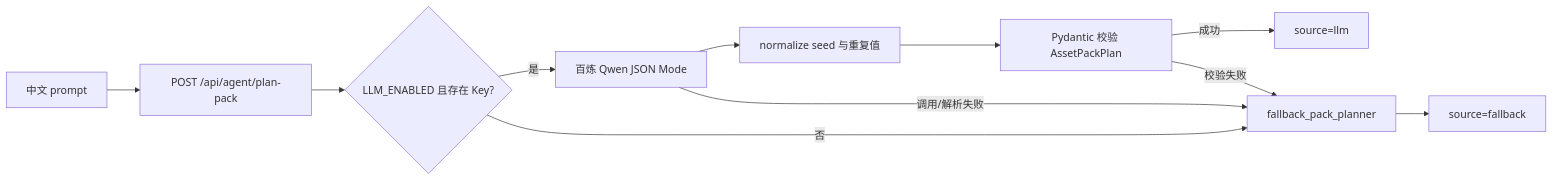
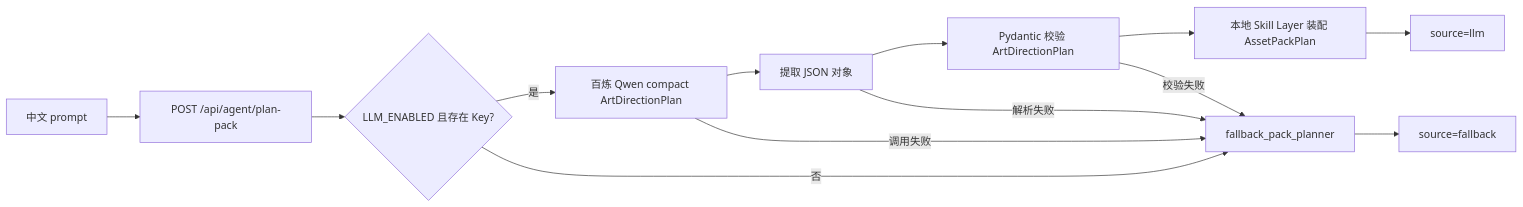
Before and after one commit to px-ego/game-asset-forge: the third of 3 diagrams in docs/ARCHITECTURE.md, drawn with Mermaid. The commit also changed other lines of this file and 12 other files, not shown here.

````diff
--- a/docs/ARCHITECTURE.md
+++ b/docs/ARCHITECTURE.md
@@ -147,13 +162,15 @@
 ```mermaid
 flowchart LR
   P["中文 prompt"] --> R["POST /api/agent/plan-pack"]
   R --> C{"LLM_ENABLED 且存在 Key?"}
-  C -->|"是"| L["百炼 Qwen JSON Mode"]
-  L --> N["normalize seed 与重复值"]
-  N --> V["Pydantic 校验 AssetPackPlan"]
-  V -->|"成功"| S["source=llm"]
-  L -->|"调用/解析失败"| F["fallback_pack_planner"]
+  C -->|"是"| L["百炼 Qwen compact ArtDirectionPlan"]
+  L --> E["提取 JSON 对象"]
+  E --> V["Pydantic 校验 ArtDirectionPlan"]
+  V --> K["本地 Skill Layer 装配 AssetPackPlan"]
+  K --> S["source=llm"]
+  L -->|"调用失败"| F["fallback_pack_planner"]
+  E -->|"解析失败"| F
   V -->|"校验失败"| F
   C -->|"否"| F
   F --> T["source=fallback"]
 ```
````
